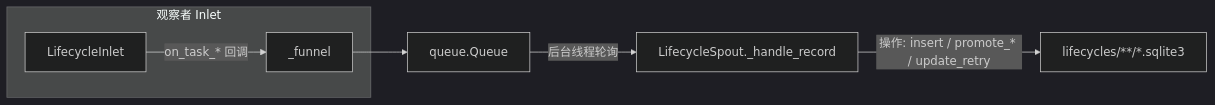
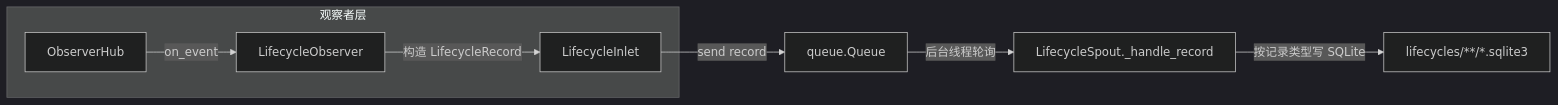
Before and after one commit to Mr-xiaotian/CelestialFlow: the diagram in docs/zh-CN/src/persist/core_lifecycle.md, drawn with Mermaid (dark theme). The commit also changed other lines of this file and 86 other files, not shown here.

````diff
--- a/docs/zh-CN/src/persist/core_lifecycle.md
+++ b/docs/zh-CN/src/persist/core_lifecycle.md
@@ -11,10 +13,10 @@
 ```mermaid
 flowchart LR
-    subgraph Producer["观察者 Inlet"]
-        Inlet[LifecycleInlet]
-        Inlet -->|on_task_* 回调| Funnel[_funnel]
+    subgraph EventLayer["观察者层"]
+        Hub[ObserverHub] -->|on_event| Obs[LifecycleObserver]
+        Obs -->|构造 LifecycleRecord| Inlet[LifecycleInlet]
     end
-    Funnel --> Queue[queue.Queue]
+    Inlet -->|send record| Queue[queue.Queue]
     Queue -->|后台线程轮询| Spout[LifecycleSpout._handle_record]
-    Spout -->|操作: insert / promote_* / update_retry| SQLite[lifecycles/**/*.sqlite3]
+    Spout -->|按记录类型写 SQLite| DB[lifecycles/**/*.sqlite3]
 ```
````
